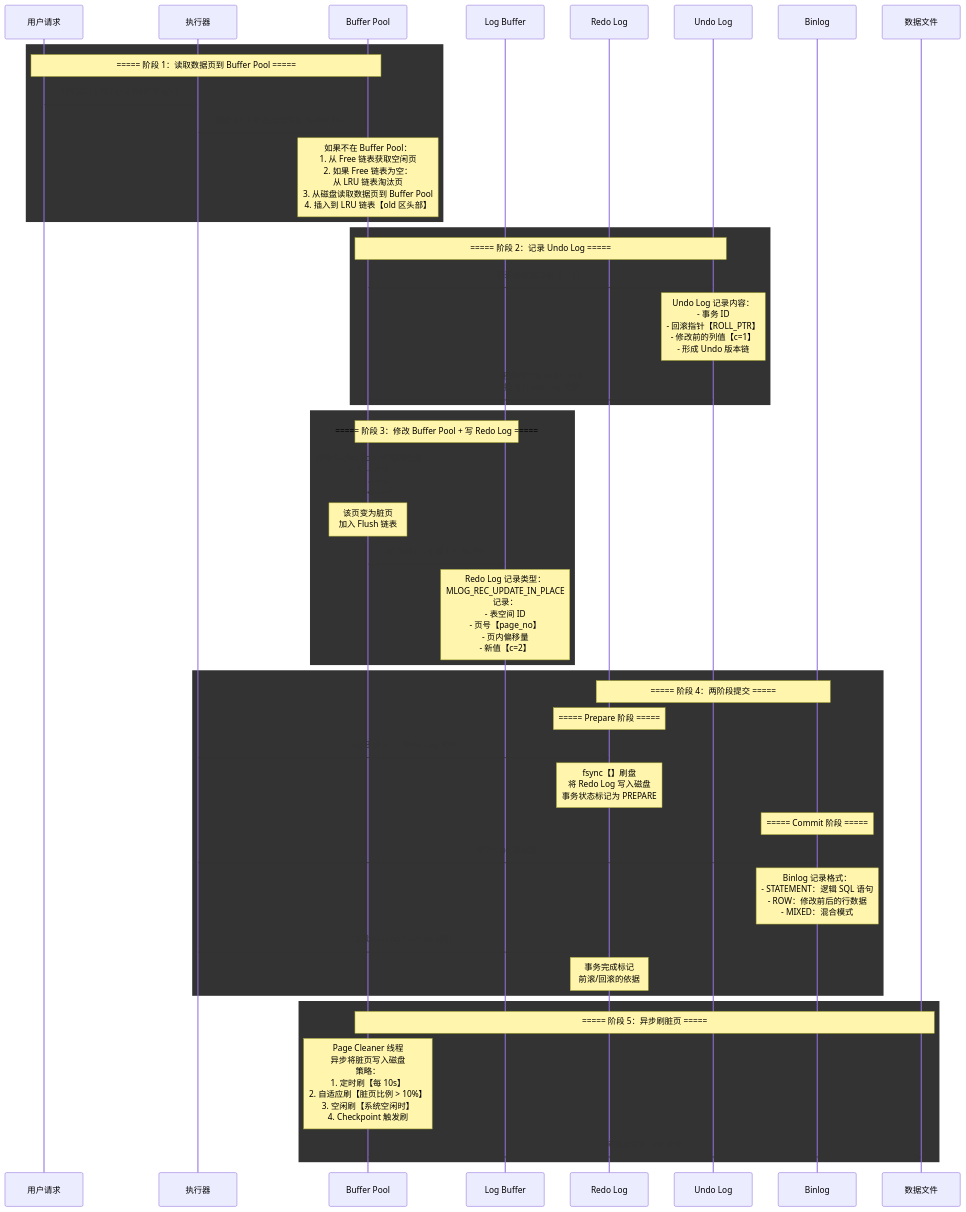
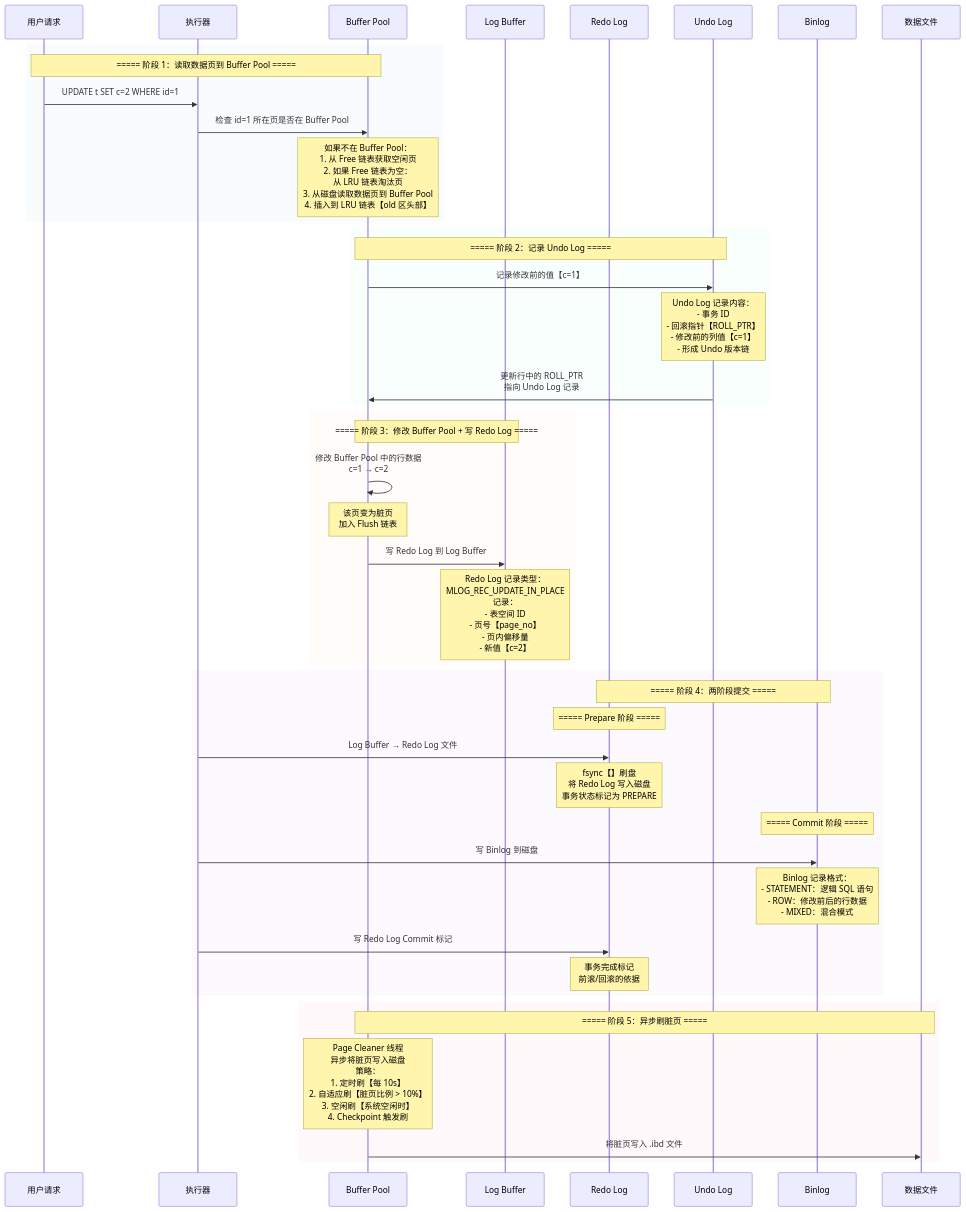
Before and after one commit to AH23333/Blog: the seventh of 50 diagrams in src/content/philes/volume-1/Java-Backend/MySQL深度解析.md, drawn with Mermaid. The commit also changed other lines of this file and 17 other files, not shown here.

Commit message:
修复所有已知bug（mermaid渲染、表格识别），添加错误总结经验，暂时保留测试文件，准备考虑优化性能与重构

````diff
--- a/src/content/philes/volume-1/Java-Backend/MySQL深度解析.md
+++ b/src/content/philes/volume-1/Java-Backend/MySQL深度解析.md
@@ -272,51 +272,51 @@
 ```mermaid
 sequenceDiagram
     participant USER as 用户请求
     participant EXEC as 执行器
     participant BP as Buffer Pool
     participant LOG_BUF as Log Buffer
     participant REDO as Redo Log
     participant UNDO as Undo Log
     participant BINLOG as Binlog
     participant DISK as 数据文件
 
-    rect rgba【240, 248, 255, 0.4】
+    rect rgba(240, 248, 255, 0.4)
     Note over USER,BP: ===== 阶段 1：读取数据页到 Buffer Pool =====
     USER->>EXEC: UPDATE t SET c=2 WHERE id=1
     EXEC->>BP: 检查 id=1 所在页是否在 Buffer Pool
     Note over BP: 如果不在 Buffer Pool：<br/>1. 从 Free 链表获取空闲页<br/>2. 如果 Free 链表为空：<br/>   从 LRU 链表淘汰页<br/>3. 从磁盘读取数据页到 Buffer Pool<br/>4. 插入到 LRU 链表【old 区头部】
     end
 
-    rect rgba【240, 255, 248, 0.4】
+    rect rgba(240, 255, 248, 0.4)
     Note over BP,UNDO: ===== 阶段 2：记录 Undo Log =====
     BP->>UNDO: 记录修改前的值【c=1】
     Note over UNDO: Undo Log 记录内容：<br/>- 事务 ID<br/>- 回滚指针【ROLL_PTR】<br/>- 修改前的列值【c=1】<br/>- 形成 Undo 版本链
     UNDO->>BP: 更新行中的 ROLL_PTR<br/>指向 Undo Log 记录
     end
 
-    rect rgba【255, 248, 240, 0.4】
+    rect rgba(255, 248, 240, 0.4)
     Note over BP,LOG_BUF: ===== 阶段 3：修改 Buffer Pool + 写 Redo Log =====
     BP->>BP: 修改 Buffer Pool 中的行数据<br/>c=1 → c=2
     Note over BP: 该页变为脏页<br/>加入 Flush 链表
     BP->>LOG_BUF: 写 Redo Log 到 Log Buffer
     Note over LOG_BUF: Redo Log 记录类型：<br/>MLOG_REC_UPDATE_IN_PLACE<br/>记录：<br/>- 表空间 ID<br/>- 页号【page_no】<br/>- 页内偏移量<br/>- 新值【c=2】
     end
 
-    rect rgba【248, 240, 255, 0.4】
+    rect rgba(248, 240, 255, 0.4)
     Note over REDO,BINLOG: ===== 阶段 4：两阶段提交 =====
     Note over REDO: ===== Prepare 阶段 =====
     EXEC->>REDO: Log Buffer → Redo Log 文件
     Note over REDO: fsync【】刷盘<br/>将 Redo Log 写入磁盘<br/>事务状态标记为 PREPARE
     Note over BINLOG: ===== Commit 阶段 =====
     EXEC->>BINLOG: 写 Binlog 到磁盘
     Note over BINLOG: Binlog 记录格式：<br/>- STATEMENT：逻辑 SQL 语句<br/>- ROW：修改前后的行数据<br/>- MIXED：混合模式
     EXEC->>REDO: 写 Redo Log Commit 标记
     Note over REDO: 事务完成标记<br/>前滚/回滚的依据
     end
 
-    rect rgba【255, 240, 245, 0.4】
+    rect rgba(255, 240, 245, 0.4)
     Note over BP,DISK: ===== 阶段 5：异步刷脏页 =====
     Note over BP: Page Cleaner 线程<br/>异步将脏页写入磁盘<br/>策略：<br/>1. 定时刷【每 10s】<br/>2. 自适应刷【脏页比例 > 10%】<br/>3. 空闲刷【系统空闲时】<br/>4. Checkpoint 触发刷
     BP->>DISK: 将脏页写入 .ibd 文件
     end
 ```
````
